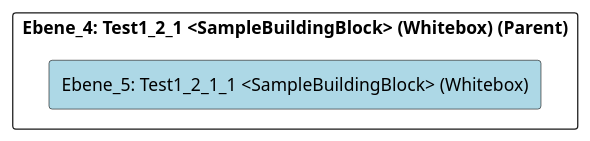
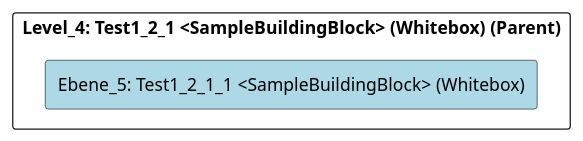
One commit to marcozwyssig/cleon changed the diagram in src/cleon.architecturemethods.arc42.sample/doc/cleon_architecturemethods_arc42_sample_arc42/adoc/de/05_bausteinsicht/chess/test1/test1_2/test1_2_1/test1_2_1_1/ebene_5_test1_2_1_1.adoc. Above: the diagram before and after it, drawn with PlantUML. The commit also changed other lines of this file and 169 other files, not shown here.

```diff
--- a/src/cleon.architecturemethods.arc42.sample/doc/cleon_architecturemethods_arc42_sample_arc42/adoc/de/05_bausteinsicht/chess/test1/test1_2/test1_2_1/test1_2_1_1/ebene_5_test1_2_1_1.adoc
+++ b/src/cleon.architecturemethods.arc42.sample/doc/cleon_architecturemethods_arc42_sample_arc42/adoc/de/05_bausteinsicht/chess/test1/test1_2/test1_2_1/test1_2_1_1/ebene_5_test1_2_1_1.adoc
@@ -20,24 +20,24 @@
 [plantuml, Ebene_5: Test1_2_1_1 <SampleBuildingBlock> (Whitebox)BlockOverview, format="svg"]
 ----
 @startuml Ebene_5: Test1_2_1_1 <SampleBuildingBlock> (Whitebox)BuildingBlockOverview
 
 skinparam ranksep 10
 skinparam componentStyle rectangle
 skinparam shadowing false
 skinparam arrowColor lightblue
 skinparam arrowThickness 1.2
 skinparam rectangle {
   BackgroundColor White
   BorderColor #333
   RoundCorner 10
 }
 top to bottom direction
 
-component "Ebene_4: Test1_2_1 <SampleBuildingBlock> (Whitebox) (Parent)" {
+component "Level_4: Test1_2_1 <SampleBuildingBlock> (Whitebox) (Parent)" {
     component "Ebene_5: Test1_2_1_1 <SampleBuildingBlock> (Whitebox)" #lightblue {
     }
 
 }
 
 @enduml
 ----
```
